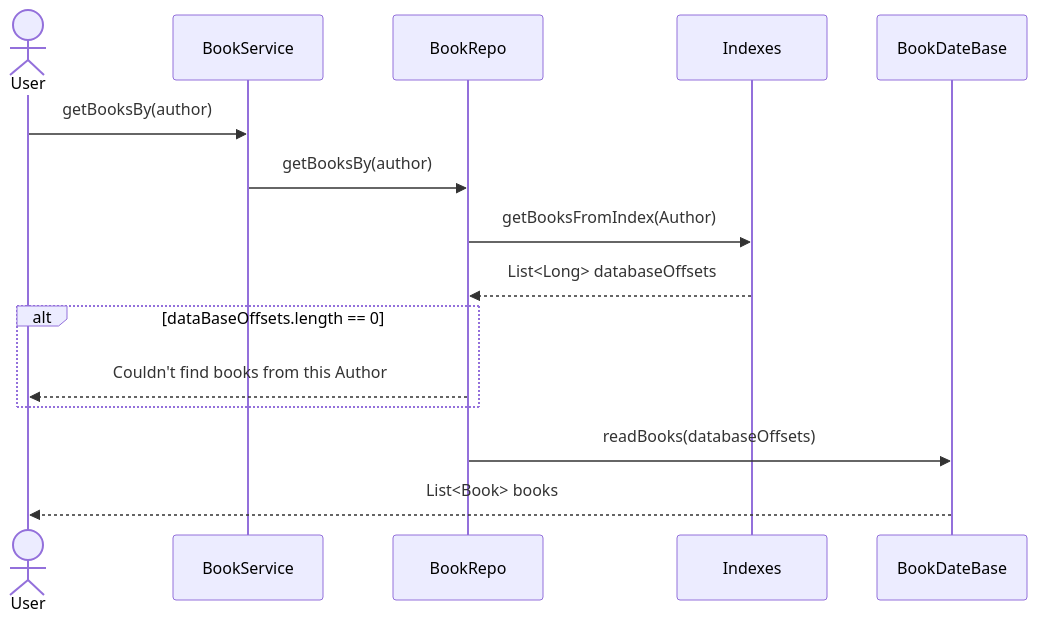
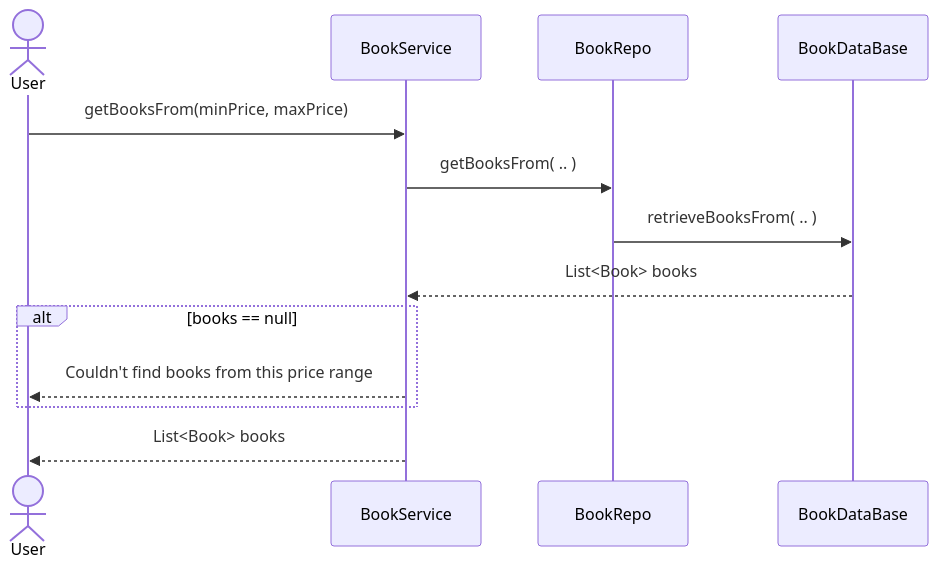
One commit to Apameus/Bookly changed the sixth of 10 diagrams in docs/high_level_architecture.md. Above: the diagram before and after it, drawn with Mermaid. The commit also changed other lines of this file, not shown here.

Commit message:
high_level_architecture.md  BETA

````diff
--- a/docs/high_level_architecture.md
+++ b/docs/high_level_architecture.md
@@ -50,18 +78,16 @@
 ```mermaid
 sequenceDiagram
     actor U as User
     participant BS as BookService
     participant BR as BookRepo
-    participant I as Indexes
-    participant DB as BookDateBase
-    U ->> BS: getBooksBy(author)
-    BS ->> BR: getBooksBy(author)
-    BR->> I: getBooksFromIndex(Author)
-    I -->> BR: List<Long> databaseOffsets
-        alt dataBaseOffsets.length == 0
-            BR -->> U: Couldn't find books from this Author
-        end
-    BR ->> DB: readBooks(databaseOffsets)
-    DB -->> U: List<Book> books
+    participant DB as BookDataBase
+    U ->> BS: getBooksFrom(minPrice, maxPrice)
+    BS ->> BR: getBooksFrom( .. )
+    BR ->> DB: retrieveBooksFrom( .. )
+    DB -->> BS: List<Book> books
+    alt books == null
+        BS -->> U: Couldn't find books from this price range
+    end
+    BS -->> U: List<Book> books
 
 ```
````
